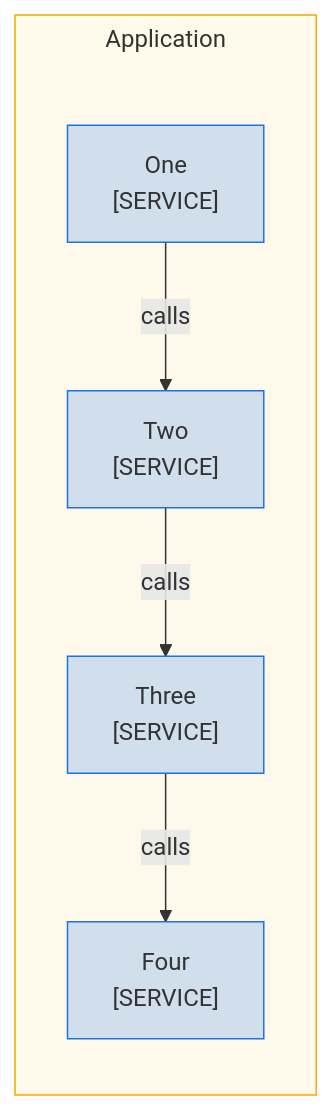
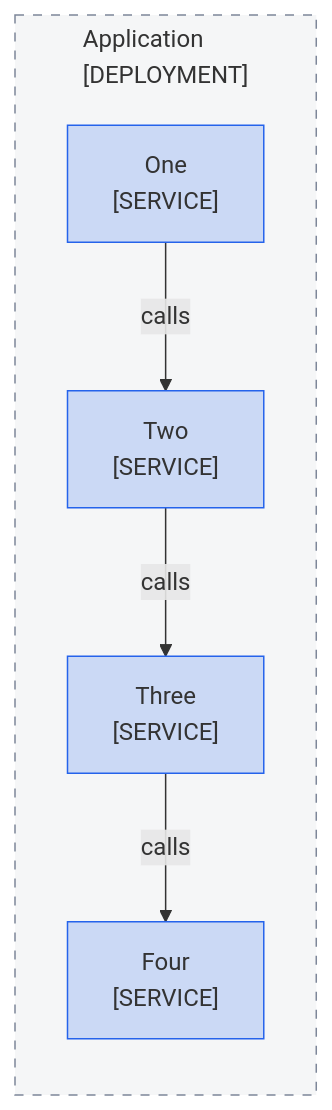
One commit to choonchernlim/skills changed the diagram in skills/docsmith/scripts/fixtures/bad/mmd-frontmatter.md. Above: the diagram before and after it, drawn with Mermaid. The commit also changed other lines of this file and 127 other files, not shown here.

````diff
--- a/skills/docsmith/scripts/fixtures/bad/mmd-frontmatter.md
+++ b/skills/docsmith/scripts/fixtures/bad/mmd-frontmatter.md
@@ -12,24 +12,24 @@
 ```mermaid
 ---
 config:
   flowchart:
     subGraphTitleMargin:
       top: 4
       bottom: 32
 ---
 graph TD
-  subgraph App["Application"]
+  subgraph App["Application<br/>[DEPLOYMENT]"]
     direction TB
     One["One<br/>[SERVICE]"]
     Two["Two<br/>[SERVICE]"]
     Three["Three<br/>[SERVICE]"]
     Four["Four<br/>[SERVICE]"]
   end
   One -->|"calls"| Two
   Two -->|"calls"| Three
   Three -->|"calls"| Four
   class One,Two,Three,Four own
   class App boundary
-  classDef own fill:#1a73e833,stroke:#1a73e8
-  classDef boundary fill:#f9ab0014,stroke:#f9ab00
+  classDef own fill:#2563eb33,stroke:#2563eb
+  classDef boundary fill:#7d879914,stroke:#7d8799,stroke-dasharray:6
 ```
````
